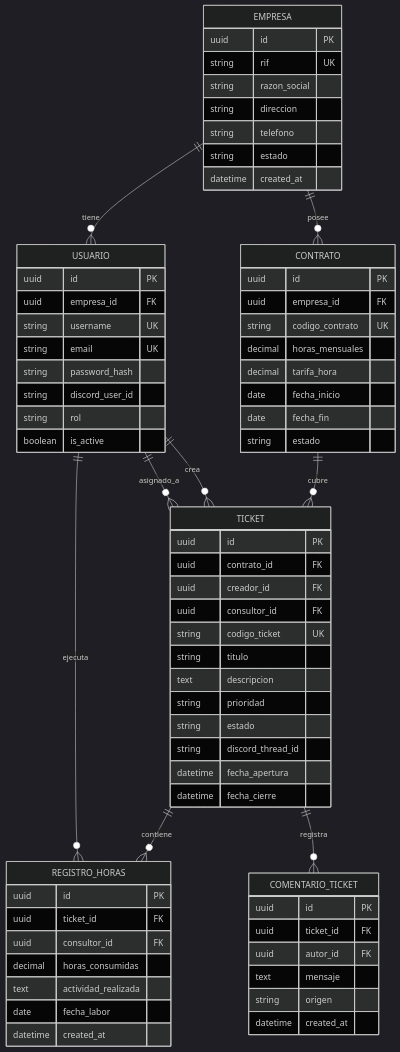
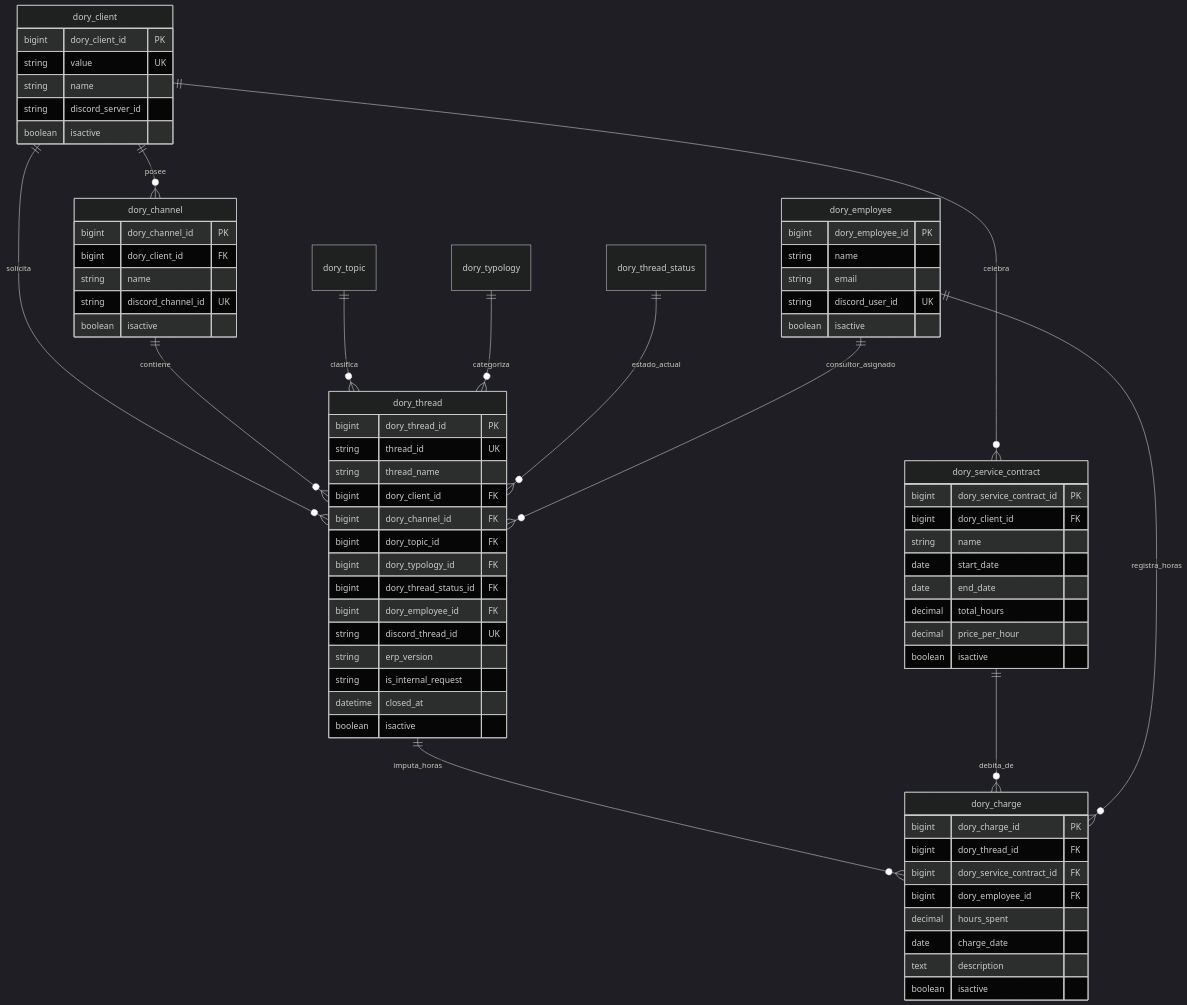
The tenth of 12 diagrams in docs/proyectos/pst-4-arquitectura.md (jesusalbujas/CONTROL-PST), drawn with Mermaid (dark theme) before and after one commit. The commit also changed other lines of this file and 1 other file, not shown here.

Commit message:
Enhance database documentation with new internal request field and detailed business rules for ERP Consultores

````diff
--- a/docs/proyectos/pst-4-arquitectura.md
+++ b/docs/proyectos/pst-4-arquitectura.md
@@ -438,77 +571,77 @@
 ```mermaid
 erDiagram
-    EMPRESA ||--o{ CONTRATO : posee
-    EMPRESA ||--o{ USUARIO : tiene
-    CONTRATO ||--o{ TICKET : cubre
-    USUARIO ||--o{ TICKET : crea
-    USUARIO ||--o{ TICKET : asignado_a
-    TICKET ||--o{ REGISTRO_HORAS : contiene
-    TICKET ||--o{ COMENTARIO_TICKET : registra
-    USUARIO ||--o{ REGISTRO_HORAS : ejecuta
+    dory_client ||--o{ dory_channel : posee
+    dory_client ||--o{ dory_thread : solicita
+    dory_channel ||--o{ dory_thread : contiene
+    dory_client ||--o{ dory_service_contract : celebra
+    dory_topic ||--o{ dory_thread : clasifica
+    dory_typology ||--o{ dory_thread : categoriza
+    dory_thread_status ||--o{ dory_thread : estado_actual
+    dory_employee ||--o{ dory_thread : consultor_asignado
+    dory_thread ||--o{ dory_charge : imputa_horas
+    dory_service_contract ||--o{ dory_charge : debita_de
+    dory_employee ||--o{ dory_charge : registra_horas
 
-    EMPRESA {
-        uuid id PK
-        string rif UK
-        string razon_social
-        string direccion
-        string telefono
-        string estado
-        datetime created_at
+    dory_client {
+        bigint dory_client_id PK
+        string value UK
+        string name
+        string discord_server_id
+        boolean isactive
     }
 
-    CONTRATO {
-        uuid id PK
-        uuid empresa_id FK
-        string codigo_contrato UK
-        decimal horas_mensuales
-        decimal tarifa_hora
-        date fecha_inicio
-        date fecha_fin
-        string estado
+    dory_channel {
+        bigint dory_channel_id PK
+        bigint dory_client_id FK
+        string name
+        string discord_channel_id UK
+        boolean isactive
     }
 
-    USUARIO {
-        uuid id PK
-        uuid empresa_id FK
-        string username UK
-        string email UK
-        string password_hash
-        string discord_user_id
-        string rol
-        boolean is_active
+    dory_employee {
+        bigint dory_employee_id PK
+        string name
+        string email
+        string discord_user_id UK
+        boolean isactive
     }
 
-    TICKET {
-        uuid id PK
-        uuid contrato_id FK
-        uuid creador_id FK
-        uuid consultor_id FK
-        string codigo_ticket UK
-        string titulo
-        text descripcion
-        string prioridad
-        string estado
-        string discord_thread_id
-        datetime fecha_apertura
-        datetime fecha_cierre
+    dory_thread {
+        bigint dory_thread_id PK
+        string thread_id UK
+        string thread_name
+        bigint dory_client_id FK
+        bigint dory_channel_id FK
+        bigint dory_topic_id FK
+        bigint dory_typology_id FK
+        bigint dory_thread_status_id FK
+        bigint dory_employee_id FK
+        string discord_thread_id UK
+        string erp_version
+        string is_internal_request
+        datetime closed_at
+        boolean isactive
     }
 
-    REGISTRO_HORAS {
-        uuid id PK
-        uuid ticket_id FK
-        uuid consultor_id FK
-        decimal horas_consumidas
-        text actividad_realizada
-        date fecha_labor
-        datetime created_at
+    dory_service_contract {
+        bigint dory_service_contract_id PK
+        bigint dory_client_id FK
+        string name
+        date start_date
+        date end_date
+        decimal total_hours
+        decimal price_per_hour
+        boolean isactive
     }
 
-    COMENTARIO_TICKET {
-        uuid id PK
-        uuid ticket_id FK
-        uuid autor_id FK
-        text mensaje
-        string origen
-        datetime created_at
+    dory_charge {
+        bigint dory_charge_id PK
+        bigint dory_thread_id FK
+        bigint dory_service_contract_id FK
+        bigint dory_employee_id FK
+        decimal hours_spent
+        date charge_date
+        text description
+        boolean isactive
     }
 ```
````
